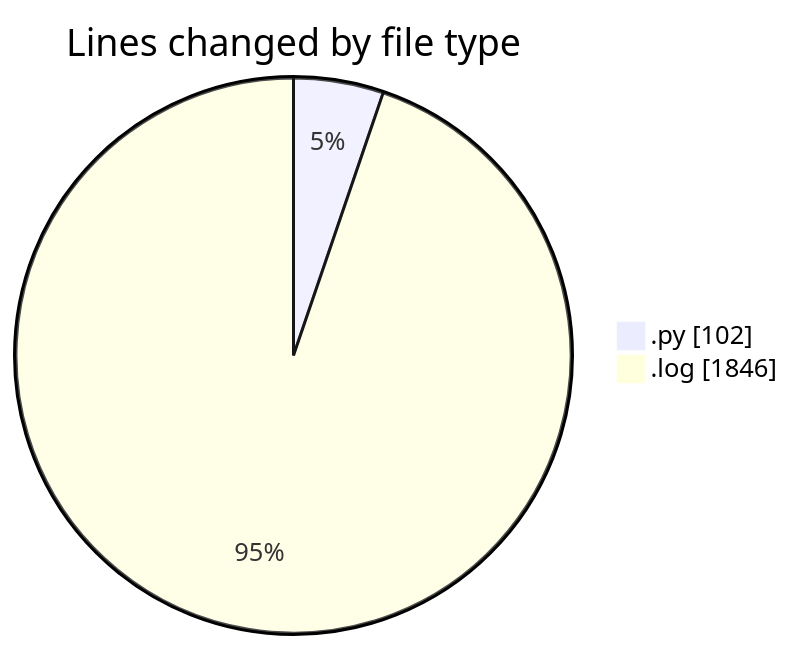
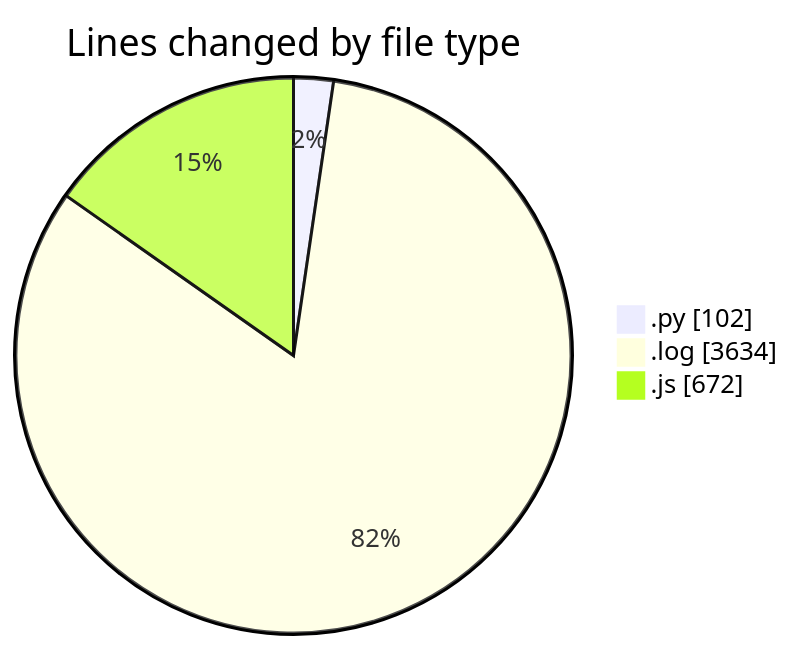
One commit to nxtqubesakshisongat/code-tracking changed the first of 2 diagrams in 2025-04-19/nxtqube_webapp/README.md. Above: the diagram before and after it, drawn with Mermaid. The commit also changed other lines of this file and 1 other file, not shown here.

````diff
--- a/2025-04-19/nxtqube_webapp/README.md
+++ b/2025-04-19/nxtqube_webapp/README.md
@@ -21,6 +23,7 @@
 ```mermaid
 pie showData
 title Lines changed by file type
 ".py" : 102
-".log" : 1846
+".log" : 3634
+".js" : 672
 ```
````
